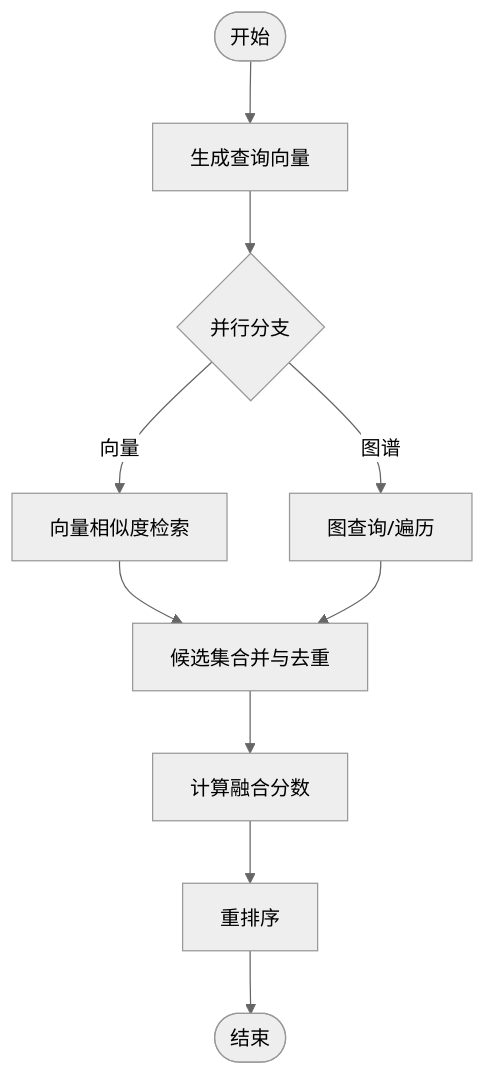
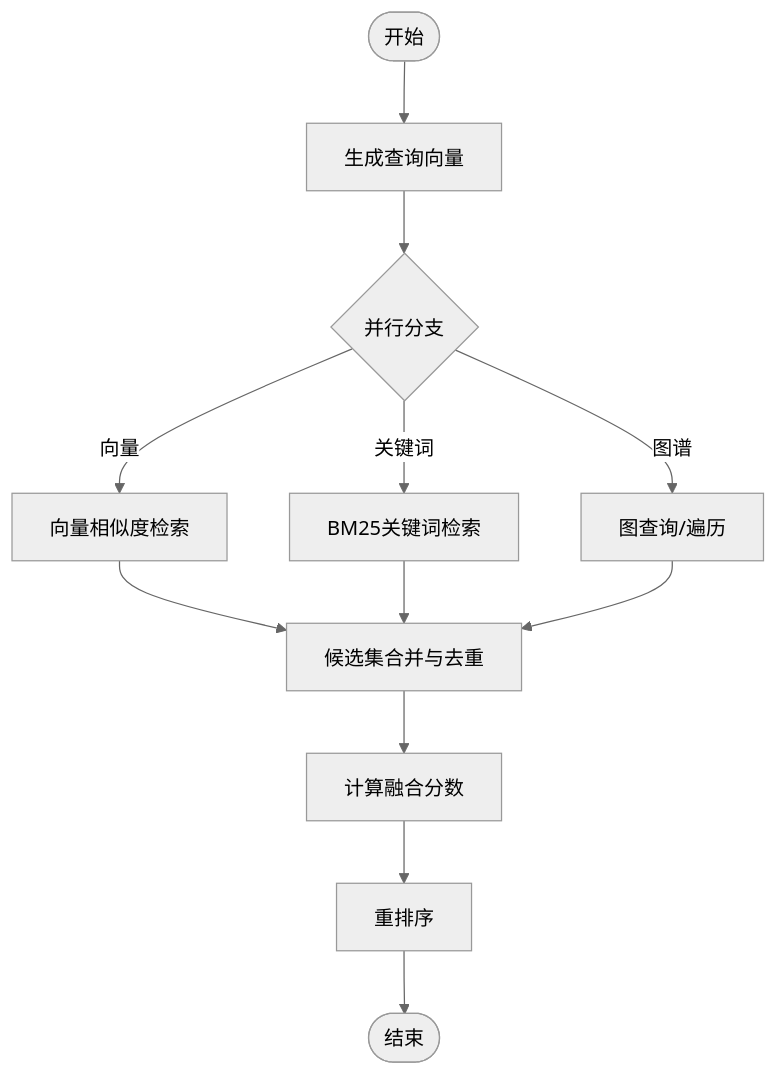
One commit to zmdhdu/NexusCockpit changed the third of 7 diagrams in .qoder/repowiki/zh/content/核心模块详解/RAG检索系统.md. Above: the diagram before and after it, drawn with Mermaid (neutral theme). The commit also changed other lines of this file and 21 other files, not shown here.

````diff
--- a/.qoder/repowiki/zh/content/核心模块详解/RAG检索系统.md
+++ b/.qoder/repowiki/zh/content/核心模块详解/RAG检索系统.md
@@ -190,12 +204,14 @@
 ```mermaid
 flowchart TD
 Start(["开始"]) --> Embed["生成查询向量"]
 Embed --> Parallel{"并行分支"}
 Parallel --> |向量| VRet["向量相似度检索"]
+Parallel --> |关键词| BM25Ret["BM25关键词检索"]
 Parallel --> |图谱| GRet["图查询/遍历"]
 VRet --> Merge["候选集合并与去重"]
+BM25Ret --> Merge
 GRet --> Merge
 Merge --> Score["计算融合分数"]
 Score --> Rerank["重排序"]
 Rerank --> End(["结束"])
 ```
````
